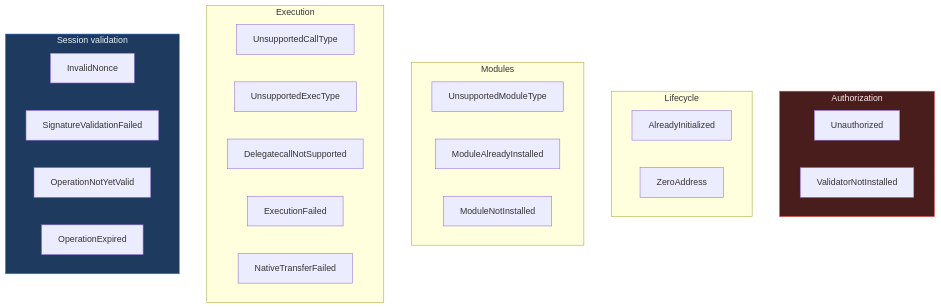
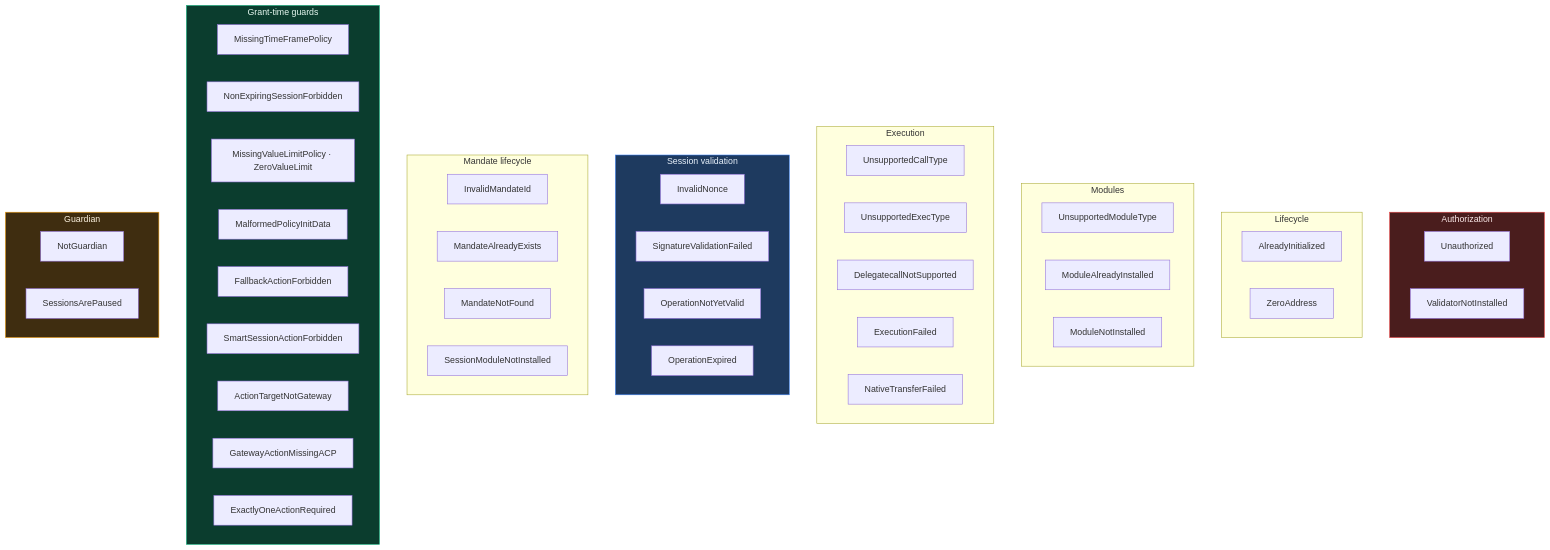
The third of 4 diagrams in docs/libraries-and-types.md (HusseinAdeiza/push-agentic-wallets), drawn with Mermaid before and after one commit. The commit also changed other lines of this file and 6 other files, not shown here.

````diff
--- a/docs/libraries-and-types.md
+++ b/docs/libraries-and-types.md
@@ -158,32 +180,55 @@
 ```mermaid
 graph TB
     subgraph auth["Authorization"]
         A1["Unauthorized"]
         A2["ValidatorNotInstalled"]
     end
     subgraph life["Lifecycle"]
         L1["AlreadyInitialized"]
         L2["ZeroAddress"]
     end
     subgraph mod["Modules"]
         M1["UnsupportedModuleType"]
         M2["ModuleAlreadyInstalled"]
         M3["ModuleNotInstalled"]
     end
     subgraph exec["Execution"]
         E1["UnsupportedCallType"]
         E2["UnsupportedExecType"]
         E3["DelegatecallNotSupported"]
         E4["ExecutionFailed"]
         E5["NativeTransferFailed"]
     end
     subgraph sess["Session validation"]
         S1["InvalidNonce"]
         S2["SignatureValidationFailed"]
         S3["OperationNotYetValid"]
         S4["OperationExpired"]
     end
+    subgraph mand["Mandate lifecycle"]
+        D1["InvalidMandateId"]
+        D2["MandateAlreadyExists"]
+        D3["MandateNotFound"]
+        D4["SessionModuleNotInstalled"]
+    end
+    subgraph guards["Grant-time guards"]
+        G1["MissingTimeFramePolicy"]
+        G2["NonExpiringSessionForbidden"]
+        G3["MissingValueLimitPolicy · ZeroValueLimit"]
+        G4["MalformedPolicyInitData"]
+        G5["FallbackActionForbidden"]
+        G6["SmartSessionActionForbidden"]
+        G7["ActionTargetNotGateway"]
+        G8["GatewayActionMissingACP"]
+        G9["ExactlyOneActionRequired"]
+    end
+    subgraph guard["Guardian"]
+        N1["NotGuardian"]
+        N2["SessionsArePaused"]
+    end
 
     style auth fill:#4a1d1d,stroke:#ef4444,color:#fbe8e8
     style sess fill:#1e3a5f,stroke:#3b82f6,color:#e8f1fb
+    style guards fill:#0b3d2e,stroke:#10b981,color:#e7f9f1
+    style guard fill:#3f2d10,stroke:#f59e0b,color:#fdf3e0
 ```
````
